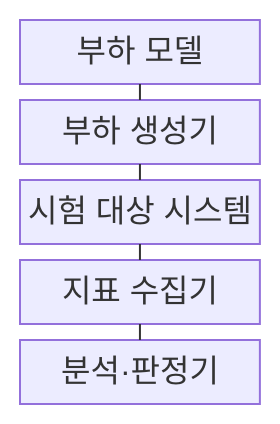
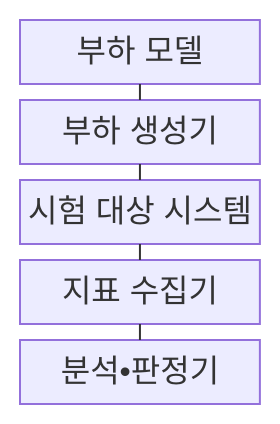
Before and after one commit to agnusdei1207/knowledge-base: the first of 2 diagrams in src/content/docs/notes/03-software/222_performance_test_metrics.md, drawn with Mermaid. The commit also changed other lines of this file and 953 other files, not shown here.

````diff
--- a/src/content/docs/notes/03-software/222_performance_test_metrics.md
+++ b/src/content/docs/notes/03-software/222_performance_test_metrics.md
@@ -69,13 +69,13 @@
 ```mermaid
 block-beta
     columns 1
     A["부하 모델"]
     B["부하 생성기"]
     C["시험 대상 시스템"]
     D["지표 수집기"]
-    E["분석·판정기"]
+    E["분석•판정기"]
     A --- B
     B --- C
     C --- D
     D --- E
 ```
````
